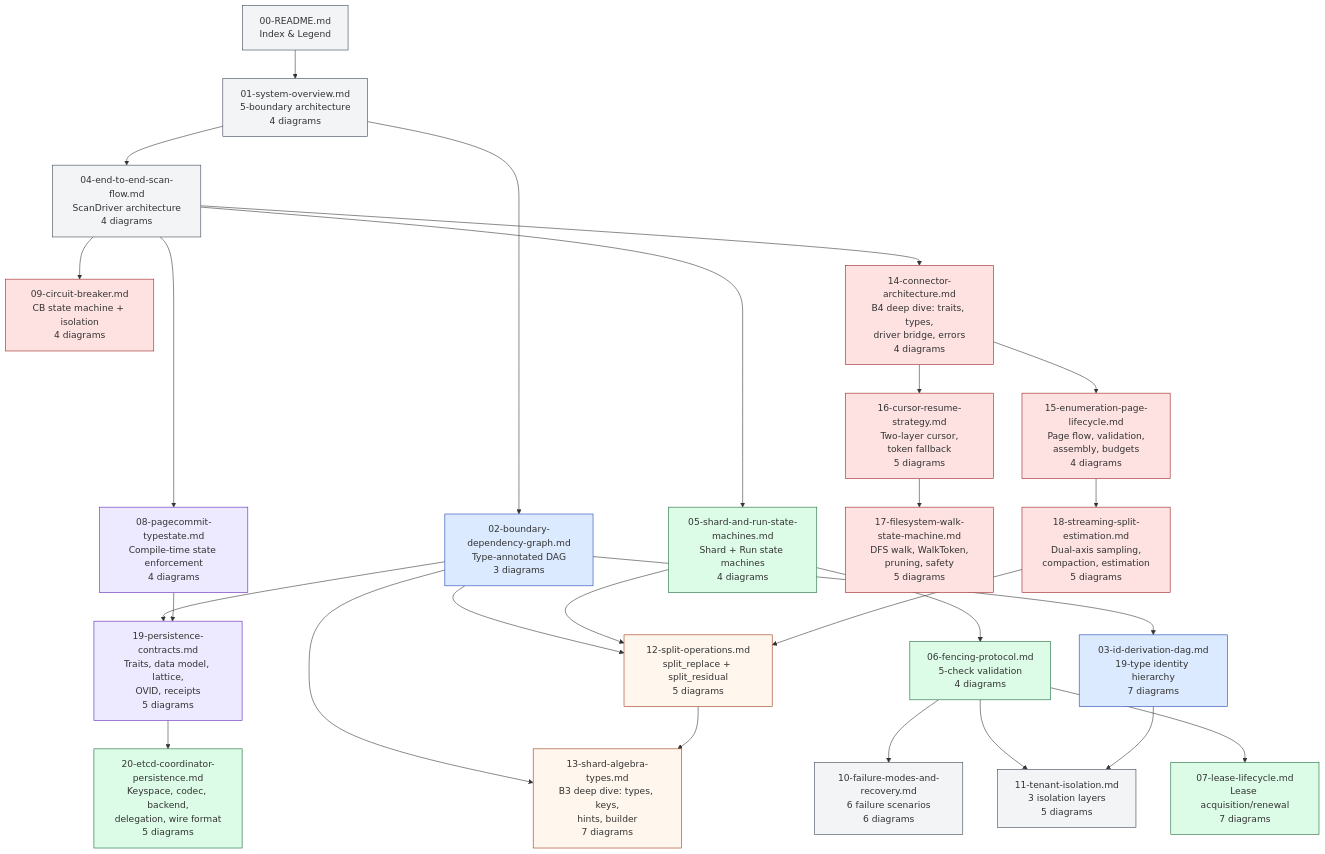
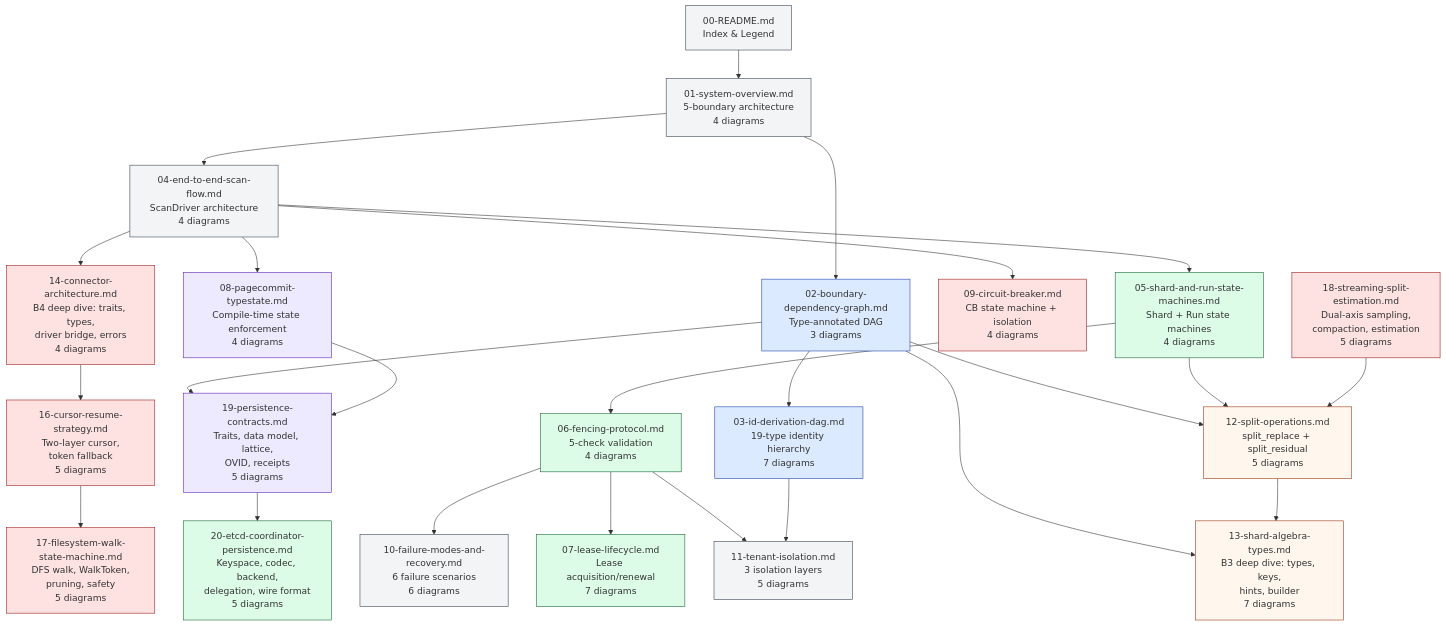
Before and after one commit to ahrav/Gossip-rs: the diagram in diagrams/00-README.md, drawn with Mermaid. The commit also changed other lines of this file and 25 other files, not shown here.

First line of the commit message:
Remove conformance harness and page validation from connector contracts

````diff
--- a/diagrams/00-README.md
+++ b/diagrams/00-README.md
@@ -32,76 +32,72 @@
 ```mermaid
 %% Diagram: file-relationship-map
 graph TD
     R[00-README.md<br/>Index & Legend]
 
     SO[01-system-overview.md<br/>5-boundary architecture<br/>4 diagrams]
     BD[02-boundary-dependency-graph.md<br/>Type-annotated DAG<br/>3 diagrams]
     ID[03-id-derivation-dag.md<br/>19-type identity hierarchy<br/>7 diagrams]
     E2E[04-end-to-end-scan-flow.md<br/>ScanDriver architecture<br/>4 diagrams]
 
     SM[05-shard-and-run-state-machines.md<br/>Shard + Run state machines<br/>4 diagrams]
     FP[06-fencing-protocol.md<br/>5-check validation<br/>4 diagrams]
     LL[07-lease-lifecycle.md<br/>Lease acquisition/renewal<br/>7 diagrams]
     PC[08-pagecommit-typestate.md<br/>Compile-time state enforcement<br/>4 diagrams]
     CB[09-circuit-breaker.md<br/>CB state machine + isolation<br/>4 diagrams]
 
     FM[10-failure-modes-and-recovery.md<br/>6 failure scenarios<br/>6 diagrams]
     TI[11-tenant-isolation.md<br/>3 isolation layers<br/>5 diagrams]
     SP[12-split-operations.md<br/>split_replace + split_residual<br/>5 diagrams]
     SA[13-shard-algebra-types.md<br/>B3 deep dive: types, keys,<br/>hints, builder<br/>7 diagrams]
     CA[14-connector-architecture.md<br/>B4 deep dive: traits, types,<br/>driver bridge, errors<br/>4 diagrams]
-    PL[15-enumeration-page-lifecycle.md<br/>Page flow, validation,<br/>assembly, budgets<br/>4 diagrams]
     CR[16-cursor-resume-strategy.md<br/>Two-layer cursor,<br/>token fallback<br/>5 diagrams]
     FW[17-filesystem-walk-state-machine.md<br/>DFS walk, WalkToken,<br/>pruning, safety<br/>5 diagrams]
     SE[18-streaming-split-estimation.md<br/>Dual-axis sampling,<br/>compaction, estimation<br/>5 diagrams]
     PCC[19-persistence-contracts.md<br/>Traits, data model, lattice,<br/>OVID, receipts<br/>5 diagrams]
     ECP[20-etcd-coordinator-persistence.md<br/>Keyspace, codec, backend,<br/>delegation, wire format<br/>5 diagrams]
 
     R --> SO
     SO --> BD
     SO --> E2E
     BD --> ID
     BD --> SP
     E2E --> SM
     SM --> FP
     FP --> LL
     E2E --> PC
     E2E --> CB
     SM --> SP
     FP --> FM
     FP --> TI
     ID --> TI
     BD --> SA
     SP --> SA
     E2E --> CA
-    CA --> PL
     CA --> CR
     CR --> FW
-    PL --> SE
     SE --> SP
     BD --> PCC
     PCC --> ECP
     PC --> PCC
 
     style R fill:#F3F4F6,stroke:#374151
     style SO fill:#F3F4F6,stroke:#374151
     style BD fill:#DBEAFE,stroke:#1E40AF
     style ID fill:#DBEAFE,stroke:#1E40AF
     style E2E fill:#F3F4F6,stroke:#374151
     style SM fill:#DCFCE7,stroke:#166534
     style FP fill:#DCFCE7,stroke:#166534
     style LL fill:#DCFCE7,stroke:#166534
     style PC fill:#EDE9FE,stroke:#5B21B6
     style CB fill:#FEE2E2,stroke:#991B1B
     style FM fill:#F3F4F6,stroke:#374151
     style TI fill:#F3F4F6,stroke:#374151
     style SP fill:#FFF7ED,stroke:#9A3412
     style SA fill:#FFF7ED,stroke:#9A3412
     style CA fill:#FEE2E2,stroke:#991B1B
-    style PL fill:#FEE2E2,stroke:#991B1B
     style CR fill:#FEE2E2,stroke:#991B1B
     style FW fill:#FEE2E2,stroke:#991B1B
     style SE fill:#FEE2E2,stroke:#991B1B
     style PCC fill:#EDE9FE,stroke:#5B21B6
     style ECP fill:#DCFCE7,stroke:#166534
 ```
````
